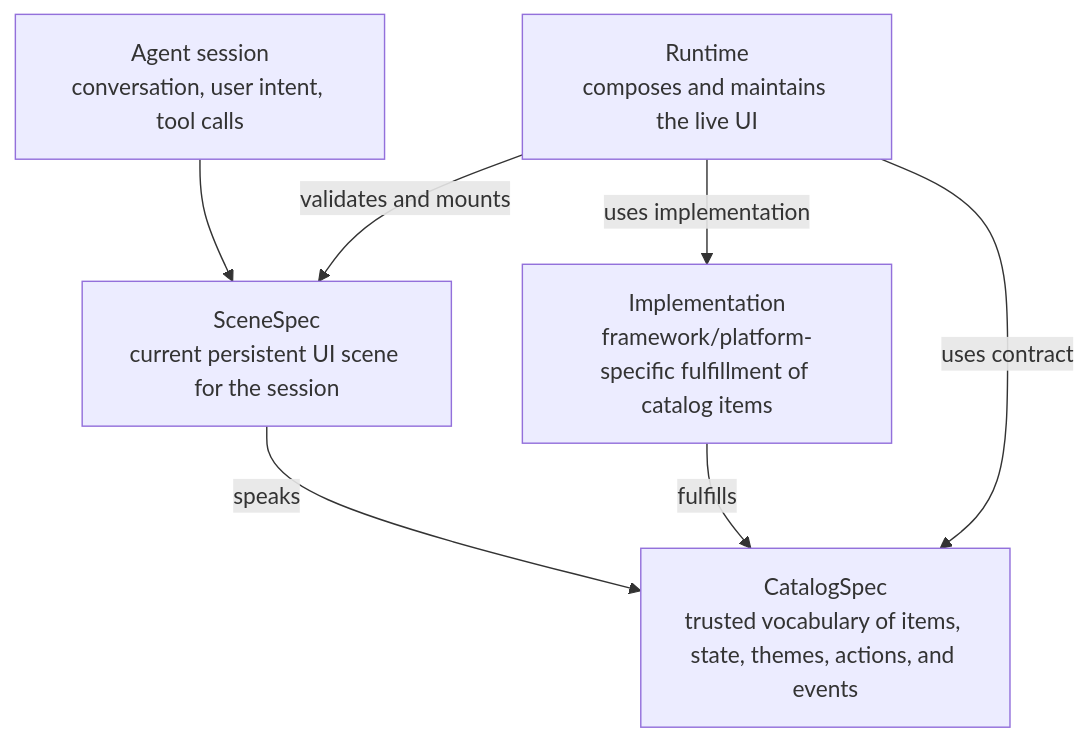
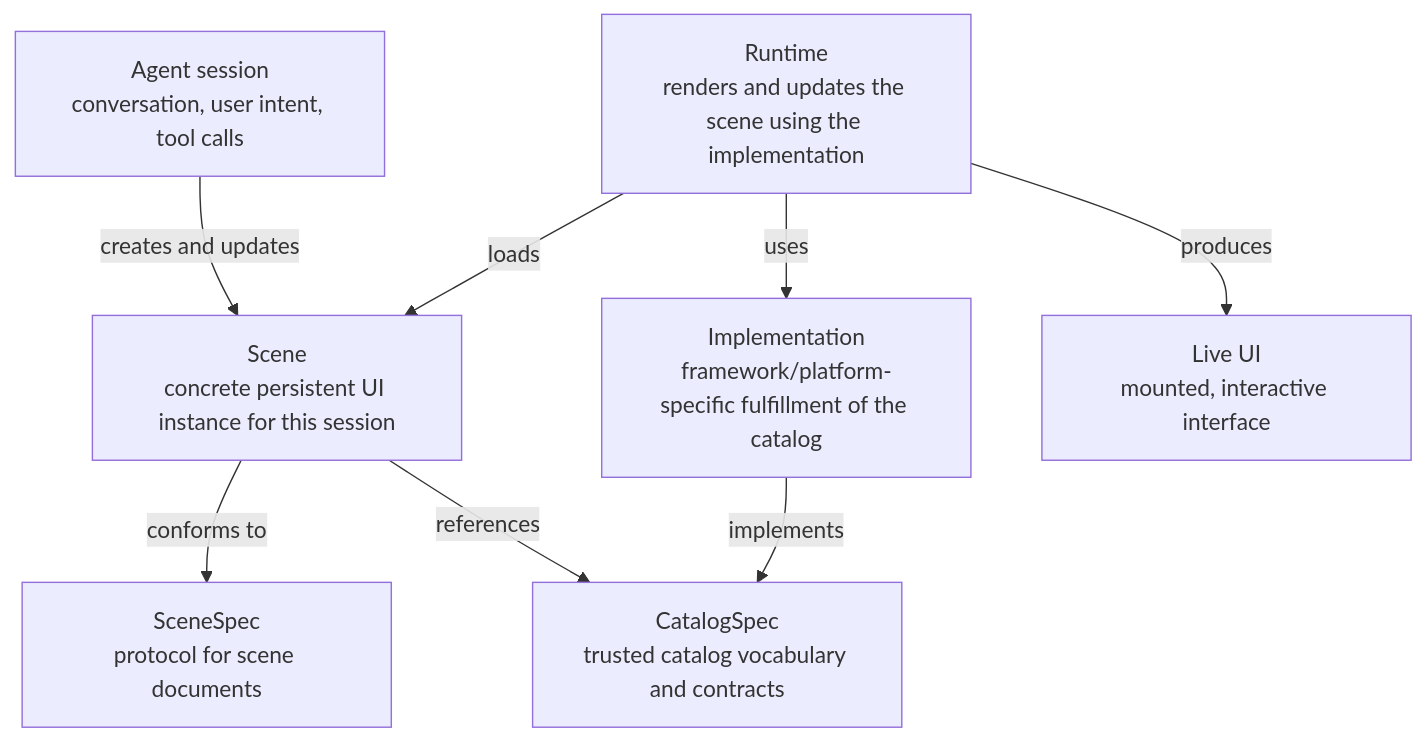
The diagram in README.md (acolby/catalogspec), drawn with Mermaid before and after one commit. The commit also changed other lines of this file, not shown here.

Commit message:
Clarify scene instance architecture

````diff
--- a/README.md
+++ b/README.md
@@ -23,15 +23,18 @@
 ```mermaid
 flowchart TD
   Agent[Agent session<br/>conversation, user intent, tool calls]
-  Scene[SceneSpec<br/>current persistent UI scene for the session]
-  Catalog[CatalogSpec<br/>trusted vocabulary of items, state, themes, actions, and events]
-  Implementation[Implementation<br/>framework/platform-specific fulfillment of catalog items]
-  Runtime[Runtime<br/>composes and maintains the live UI]
+  Scene[Scene<br/>concrete persistent UI instance for this session]
+  SceneSpec[SceneSpec<br/>protocol for scene documents]
+  CatalogSpec[CatalogSpec<br/>trusted catalog vocabulary and contracts]
+  Implementation[Implementation<br/>framework/platform-specific fulfillment of the catalog]
+  Runtime[Runtime<br/>renders and updates the scene using the implementation]
+  LiveUI[Live UI<br/>mounted, interactive interface]
 
-  Agent --> Scene
-  Scene -->|speaks| Catalog
-  Implementation -->|fulfills| Catalog
-  Runtime -->|validates and mounts| Scene
-  Runtime -->|uses contract| Catalog
-  Runtime -->|uses implementation| Implementation
+  Agent -->|creates and updates| Scene
+  Scene -->|conforms to| SceneSpec
+  Scene -->|references| CatalogSpec
+  Implementation -->|implements| CatalogSpec
+  Runtime -->|loads| Scene
+  Runtime -->|uses| Implementation
+  Runtime -->|produces| LiveUI
 ```
````
